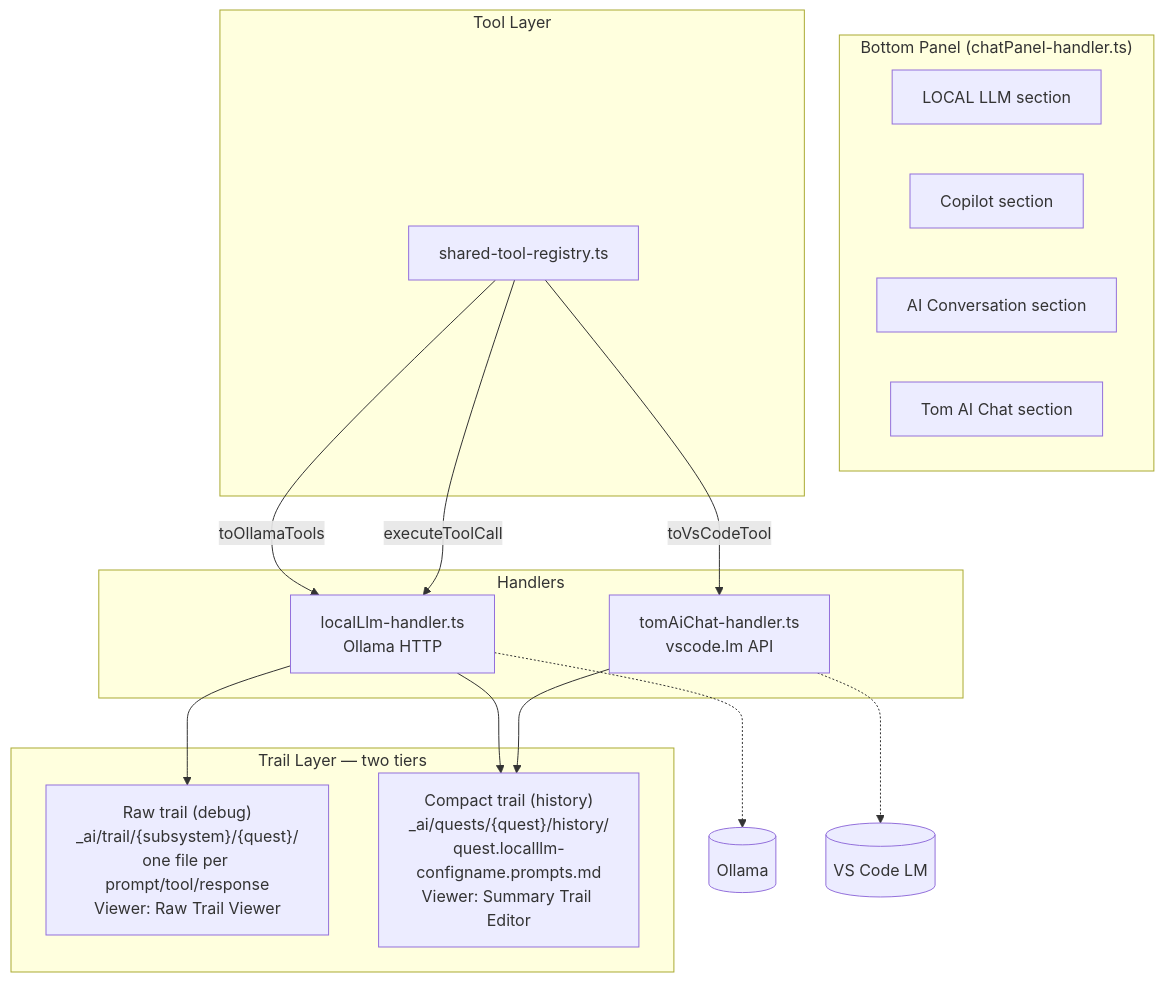
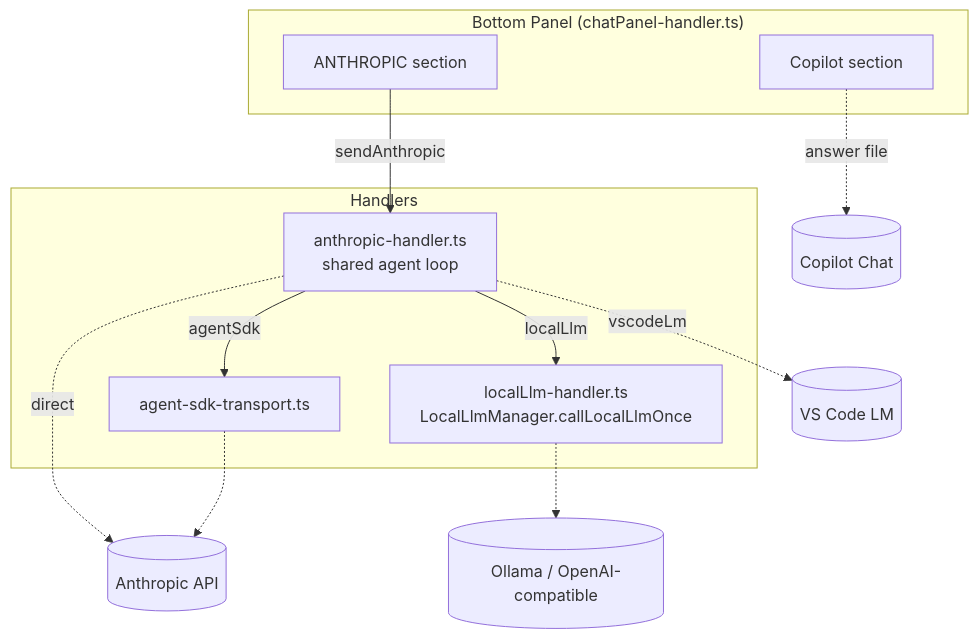
Before and after one commit to al-the-bear/tom_vscode: the first of 9 diagrams in tom_vscode_extension/doc/anthropic_sdk_integration.md, drawn with Mermaid. The commit also changed other lines of this file and 84 other files, not shown here.

First line of the commit message:
Remove the Local LLM, AI Conversation and Tom AI Chat panels

````diff
--- a/tom_vscode_extension/doc/anthropic_sdk_integration.md
+++ b/tom_vscode_extension/doc/anthropic_sdk_integration.md
@@ -35,33 +36,23 @@
 ```mermaid
 graph TD
     subgraph Panel["Bottom Panel (chatPanel-handler.ts)"]
-        PL[LOCAL LLM section]
+        PA[ANTHROPIC section]
         PC[Copilot section]
-        PAC[AI Conversation section]
-        PT[Tom AI Chat section]
     end
 
     subgraph Handlers
-        LH[localLlm-handler.ts\nOllama HTTP]
-        TH[tomAiChat-handler.ts\nvscode.lm API]
+        AH[anthropic-handler.ts\nshared agent loop]
+        SDK[agent-sdk-transport.ts]
+        LH[localLlm-handler.ts\nLocalLlmManager.callLocalLlmOnce]
     end
 
-    subgraph ToolLayer["Tool Layer"]
-        TR[shared-tool-registry.ts]
-        TR -->|toOllamaTools| LH
-        TR -->|toVsCodeTool| TH
-        TR -->|executeToolCall| LH
-    end
+    PA -->|sendAnthropic| AH
+    AH -->|agentSdk| SDK
+    AH -->|localLlm| LH
+    PC -.->|answer file| COPILOT[(Copilot Chat)]
 
-    subgraph TrailLayer["Trail Layer — two tiers"]
-        RAW["Raw trail (debug)\n_ai/trail/{subsystem}/{quest}/\none file per prompt/tool/response\nViewer: Raw Trail Viewer"]
-        COMPACT["Compact trail (history)\n_ai/quests/{quest}/history/\nquest.localllm-configname.prompts.md\nViewer: Summary Trail Editor"]
-    end
-
-    LH --> RAW
-    LH --> COMPACT
-    TH --> COMPACT
-
-    LH -.-> OLLAMA[(Ollama)]
-    TH -.-> VSCODELM[(VS Code LM)]
+    AH -.->|direct| ANTHROPIC[(Anthropic API)]
+    SDK -.-> ANTHROPIC
+    AH -.->|vscodeLm| VSCODELM[(VS Code LM)]
+    LH -.-> OLLAMA[(Ollama / OpenAI-compatible)]
 ```
````
